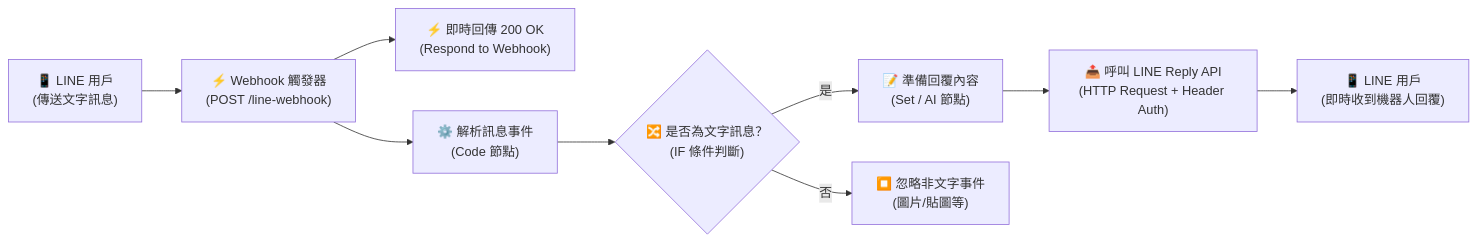
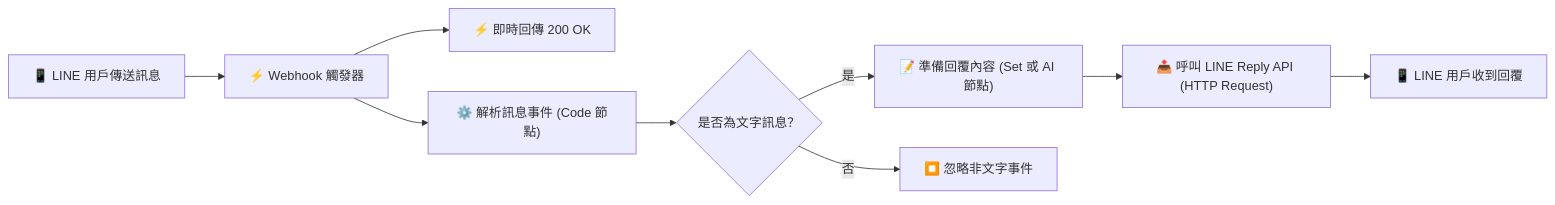
The diagram in 通訊軟體整合/LINE/LINE雙向通訊與自動回覆/README.md (roberthsu2003/n8n), drawn with Mermaid before and after one commit. The commit also changed 2 other files, not shown here.

````diff
--- a/通訊軟體整合/LINE/LINE雙向通訊與自動回覆/README.md
+++ b/通訊軟體整合/LINE/LINE雙向通訊與自動回覆/README.md
@@ -12,11 +12,11 @@
 ```mermaid
 flowchart LR
-    A["📱 LINE 用戶\n(傳送文字訊息)"] --> B["⚡ Webhook 觸發器\n(POST /line-webhook)"]
-    B --> C["⚡ 即時回傳 200 OK\n(Respond to Webhook)"]
-    B --> D["⚙️ 解析訊息事件\n(Code 節點)"]
-    D --> E{"🔀 是否為文字訊息？\n(IF 條件判斷)"}
-    E -- 是 --> F["📝 準備回覆內容\n(Set / AI 節點)"]
-    E -- 否 --> G["⏹️ 忽略非文字事件\n(圖片/貼圖等)"]
-    F --> H["📤 呼叫 LINE Reply API\n(HTTP Request + Header Auth)"]
-    H --> I["📱 LINE 用戶\n(即時收到機器人回覆)"]
+    A["📱 LINE 用戶傳送訊息"] --> B["⚡ Webhook 觸發器"]
+    B --> C["⚡ 即時回傳 200 OK"]
+    B --> D["⚙️ 解析訊息事件 (Code 節點)"]
+    D --> E{"是否為文字訊息？"}
+    E -->|是| F["📝 準備回覆內容 (Set 或 AI 節點)"]
+    E -->|否| G["⏹️ 忽略非文字事件"]
+    F --> H["📤 呼叫 LINE Reply API (HTTP Request)"]
+    H --> I["📱 LINE 用戶收到回覆"]
 ```
````
